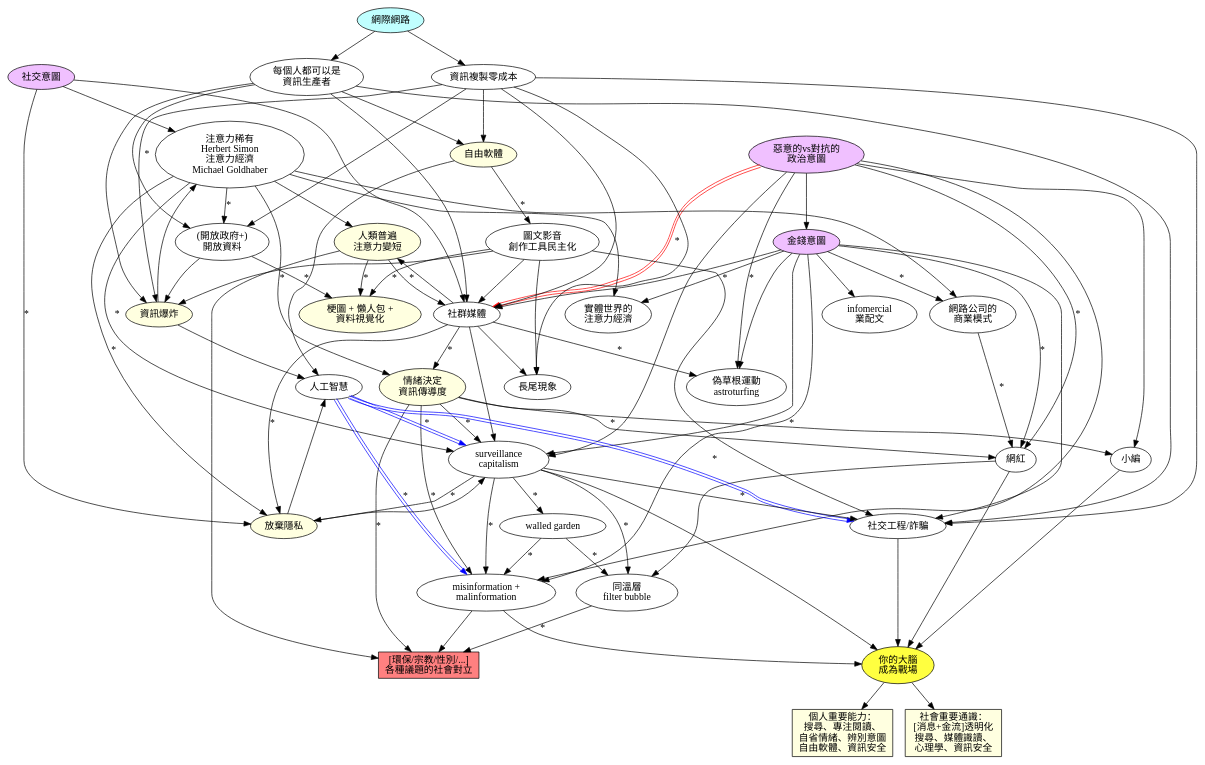
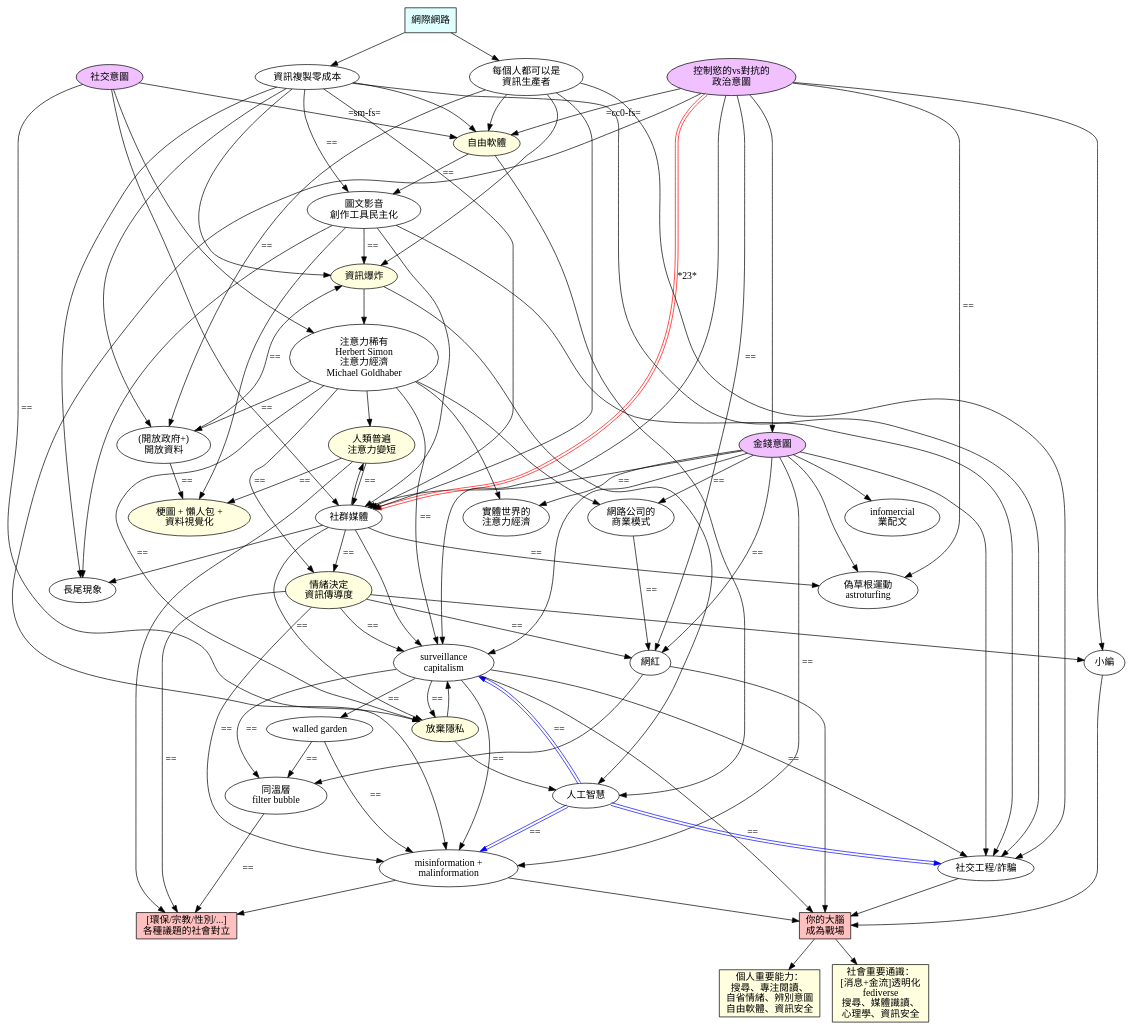
The diagram in a/m/23/war-on-brain.dot (ckhung/ckhung.github.io), drawn with Graphviz before and after one commit. The commit also changed 2 other files, not shown here.

```diff
--- a/a/m/23/war-on-brain.dot
+++ b/a/m/23/war-on-brain.dot
@@ -1,98 +1,110 @@
 digraph "頭腦爭霸戰" {
 
     rankdir = TB;
     overlap = scale;
 
     social_motivation [ label="社交意圖"; style=filled; fillcolor="#f0c0ff" ];
     monetary_motivation [ label="金錢意圖"; style=filled; fillcolor="#f0c0ff" ];
-    political_motivation [ label="惡意的vs對抗的\n政治意圖"; style=filled; fillcolor="#f0c0ff" ];
-    internet [ label="網際網路" style=filled; fillcolor="#c0ffff" ];
+    political_motivation [ label="控制慾的vs對抗的\n政治意圖"; style=filled; fillcolor="#f0c0ff" ];
+    internet [ shape=rectangle; label="網際網路" style=filled; fillcolor="#e0ffff" ];
     copy_cost_0 [ label="資訊複製零成本" ];
     open_data [ label="(開放政府+)\n開放資料" ];
     everone_producer [ label="每個人都可以是\n資訊生產者" ];
     free_software [ label="自由軟體"; style=filled; fillcolor="#ffffe0" ];
     dem_prod_tool [ label="圖文影音\n創作工具民主化" ];
     info_explosion [ label="資訊爆炸"; style=filled; fillcolor="#ffffe0" ];
     attention_scarcity [ label="注意力稀有\nHerbert Simon\n注意力經濟\nMichael Goldhaber" ];
     physical_ae [ label="實體世界的\n注意力經濟" ];
     social_media [ label="社群媒體" ];
     astroturfing [ label="偽草根運動\nastroturfing" ];
     emotion [ label="情緒決定\n資訊傳導度"; style=filled; fillcolor="#ffffe0" ];
     attention_span [ label="人類普遍\n注意力變短"; style=filled; fillcolor="#ffffe0" ];
     visualization [ label="梗圖 + 懶人包 +\n資料視覺化"; style=filled; fillcolor="#ffffe0" ];
     long_tail [ label="長尾現象" ];
     infomercial [ label="infomercial\n業配文" ];
     kol [ label="網紅" ];
     google_bm [ label="網路公司的\n商業模式" ];
     artificial_intelligence [ label="人工智慧" ];
     misinformation [ label="misinformation +\nmalinformation" ];
     giving_up_privacy [ label="放棄隱私"; style=filled; fillcolor="#ffffe0" ];
     filter_bubble [ label="同溫層\nfilter bubble" ];
     surveillance_capitalism [ label="surveillance\ncapitalism" ];
     walled_garden [ label="walled garden" ];
     social_engineering [ label="社交工程/詐騙" ];
     editor [ label="小編" ];
-    your_brain [ label="你的大腦\n成為戰場"; style=filled; fillcolor="#ffff40" ];
-    conflict [ shape=rectangle; label="[環保/宗教/性別/...]\n各種議題的社會對立"; style=filled; fillcolor="#ff8080"; ];
+    your_brain [ shape=rectangle; label="你的大腦\n成為戰場"; style=filled; fillcolor="#ffc0c0" ];
+    conflict [ shape=rectangle; label="[環保/宗教/性別/...]\n各種議題的社會對立"; style=filled; fillcolor="#ffc0c0"; ];
     important_personal [ shape=rectangle; label="個人重要能力：\n搜尋、專注閱讀、\n自省情緒、辨別意圖\n自由軟體、資訊安全"; style=filled; fillcolor="#ffffe0" ];
-    important_societal [ shape=rectangle; label="社會重要通識：\n[消息+金流]透明化\n搜尋、媒體識讀、\n心理學、資訊安全"; style=filled; fillcolor="#ffffe0" ];
+    important_societal [ shape=rectangle; label="社會重要通識：\n[消息+金流]透明化\nfediverse\n搜尋、媒體識讀、\n心理學、資訊安全"; style=filled; fillcolor="#ffffe0" ];
 
     # # # # # # # # # # # # # # # # # # # # 
 
-    internet -> { copy_cost_0 everone_producer } -> free_software;
-    free_software -> dem_prod_tool [ label="*"; labeltooltip="inkscape\ngimp\naudacity\n價格競爭" ];
-    { everone_producer copy_cost_0 dem_prod_tool } -> { info_explosion social_engineering };
+    # 一、 驅動力
+
+    political_motivation -> monetary_motivation;
+
+    # 二、 從網際網路到...
+
+    internet -> { copy_cost_0 everone_producer } -> free_software
+    political_motivation -> free_software [ label="=cc0-fs="; labeltooltip="革奴計畫" ];
+    social_motivation -> free_software [ label="=sm-fs="; labeltooltip="reputation economy\nexposure culture"];
+
+
+    free_software -> dem_prod_tool [ label="=="; labeltooltip="inkscape\ngimp\naudacity\n價格競爭" ];
+    copy_cost_0 -> dem_prod_tool [ label="=="; labeltooltip="盜版" ];
+    { everone_producer copy_cost_0 } -> { info_explosion social_engineering };
+    dem_prod_tool -> info_explosion [ label="=="; labeltooltip="衍生創作" ];
+    dem_prod_tool -> social_engineering;
     { social_motivation info_explosion } -> attention_scarcity;
     { social_motivation dem_prod_tool everone_producer copy_cost_0 } -> social_media;
-    political_motivation -> social_media [ color="#ff0000:white:#ff0000"; label="*"; labeltooltip="言論管制、\n集權國家" ];
+    political_motivation -> social_media [ color="#ff0000:white:#ff0000"; label="*23*"; labeltooltip="言論管制的集權國家\n网络安全法第二十八条" ];
     { dem_prod_tool copy_cost_0 social_media } -> long_tail;
-    monetary_motivation -> physical_ae [ label="*"; labeltooltip="四川航空 免費巴士\ndigital license plate ads" ];
+    monetary_motivation -> physical_ae [ label="=="; labeltooltip="四川航空 免費巴士\ndigital license plate ads" ];
     attention_scarcity -> physical_ae;
-    attention_scarcity -> giving_up_privacy [ label="*"; labeltooltip="selfie" ];
-    attention_scarcity -> emotion [ label="*"; labeltooltip="下標題技巧" ];
-    attention_scarcity -> open_data [ label="*"; labeltooltip="創用CC" ];
+    attention_scarcity -> giving_up_privacy [ label="=="; labeltooltip="selfie" ];
+    attention_scarcity -> emotion [ label="=="; labeltooltip="下標題技巧" ];
+    attention_scarcity -> open_data [ label="=="; labeltooltip="創用CC" ];
     attention_scarcity -> attention_span;
     social_media -> attention_span;
-    attention_span -> social_media [ label="*"; labeltooltip="blog=>twitter\nyoutube=>抖音" ];
-    social_media -> giving_up_privacy [ label="*"; labeltooltip="venmo\nthisisyourdigitallife\n300個讚\n元宇宙頭盔\n网络安全法第二十八条\ntiktok 追蹤鍵盤" ];
-    social_media -> emotion [ label="*"; labeltooltip="回想個人經驗" ];
-    everone_producer -> open_data [ label="*"; labeltooltip="維基百科\n開放街圖" ];
+    attention_span -> social_media [ label="=="; labeltooltip="blog=>twitter\nyoutube=>抖音" ];
+    social_media -> giving_up_privacy [ label="=="; labeltooltip="venmo\nthisisyourdigitallife\n300個讚\n元宇宙頭盔\n网络安全法第二十八条\ntiktok 追蹤鍵盤" ];
+    social_media -> emotion [ label="=="; labeltooltip="回想個人經驗" ];
+    everone_producer -> open_data [ label="=="; labeltooltip="維基百科\n開放街圖" ];
     copy_cost_0 -> open_data -> info_explosion;
-    open_data -> visualization [ label="*"; labeltooltip="Hans Rosling\nOWID" ];
-    dem_prod_tool -> visualization [ label="*"; labeltooltip="metabase\ngrafana\nplotly\ngnuplot\nscatplot" ];
-    attention_span -> visualization [ label="*"; labeltooltip="infographics" ];
-    social_motivation -> giving_up_privacy [ label="*"; labeltooltip="FOMO\nzenly"; ];
+    open_data -> visualization [ label="=="; labeltooltip="Hans Rosling\nOWID" ];
+    dem_prod_tool -> visualization [ label="=="; labeltooltip="metabase\ngrafana\nplotly\ngnuplot\nscatplot" ];
+    attention_span -> visualization [ label="=="; labeltooltip="infographics" ];
+    social_motivation -> giving_up_privacy [ label="=="; labeltooltip="FOMO\nzenly"; ];
     { free_software info_explosion giving_up_privacy } -> artificial_intelligence;
     { monetary_motivation social_media giving_up_privacy } -> surveillance_capitalism;
-    attention_scarcity -> surveillance_capitalism [ label="*"; labeltooltip="targeted advertisement"; ];
+    attention_scarcity -> surveillance_capitalism [ label="=="; labeltooltip="targeted advertisement"; ];
     kol -> filter_bubble;
-    surveillance_capitalism -> filter_bubble [ label="*"; labeltooltip="你也會喜歡\n劍橋分析" ];
+    surveillance_capitalism -> filter_bubble [ label="=="; labeltooltip="你也會喜歡\n劍橋分析" ];
     { attention_span misinformation } -> conflict;
-    filter_bubble -> conflict [ label="*"; labeltooltip="fan wars" ];
-    surveillance_capitalism -> giving_up_privacy [ label="*"; labeltooltip="誘勸改用app\napp內建瀏覽器\n臉書打亂網址" ];
-    surveillance_capitalism -> walled_garden [ label="*"; labeltooltip="臉書登入才能讀\nlineline voom？\n抖音？\nbilibili？" ];
-    surveillance_capitalism -> social_engineering [ label="*"; labeltooltip="黑市個資" ];
-    surveillance_capitalism -> misinformation [ label="*"; labeltooltip="劍橋分析" ];
-    walled_garden -> misinformation [ label="*"; labeltooltip="臉書禁備份\nline 群組\nline 內建瀏覽器不能搜尋\nline voom？" ];
-    walled_garden -> filter_bubble [ label="*"; labeltooltip="line 群組\nline 內建瀏覽器不能搜尋" ];
-    political_motivation -> monetary_motivation;
+    filter_bubble -> conflict [ label="=="; labeltooltip="fan wars" ];
+    surveillance_capitalism -> giving_up_privacy [ label="=="; labeltooltip="誘勸改用app\napp內建瀏覽器\n臉書打亂網址" ];
+    surveillance_capitalism -> walled_garden [ label="=="; labeltooltip="臉書登入才能讀\nlineline voom？\n抖音？\nbilibili？" ];
+    surveillance_capitalism -> social_engineering [ label="=="; labeltooltip="黑市個資" ];
+    surveillance_capitalism -> misinformation [ label="=="; labeltooltip="劍橋分析" ];
+    walled_garden -> misinformation [ label="=="; labeltooltip="臉書禁備份\nline 群組\nline 內建瀏覽器不能搜尋\nline voom？" ];
+    walled_garden -> filter_bubble [ label="=="; labeltooltip="line 群組\nline 內建瀏覽器不能搜尋" ];
     monetary_motivation -> { social_media social_engineering infomercial astroturfing };
     attention_scarcity -> google_bm;
-    monetary_motivation ->  google_bm [ label="*"; labeltooltip="google\nyoutube\n臉書" ];
-    google_bm -> kol [ label="*"; labeltooltip="抖內\n工商服務\n拍賣直播" ];
-    social_media -> astroturfing [ label="*"; labeltooltip="we sell likes\n監獄網評員\ntwitter INFO OPs archive" ];
-    political_motivation -> astroturfing [ label="*"; labeltooltip="蜂蜜檸檬韓粉美國\n" ];
-    monetary_motivation -> misinformation [ label="*"; labeltooltip="馬其頓 假新聞\n真相製造機" ];
+    monetary_motivation ->  google_bm [ label="=="; labeltooltip="google\nyoutube\n臉書" ];
+    google_bm -> kol [ label="=="; labeltooltip="抖內\n工商服務\n拍賣直播" ];
+    social_media -> astroturfing [ label="=="; labeltooltip="we sell likes\n監獄網評員\ntwitter INFO OPs archive" ];
+    political_motivation -> astroturfing [ label="=="; labeltooltip="蜂蜜檸檬韓粉美國\n" ];
+    monetary_motivation -> misinformation [ label="=="; labeltooltip="馬其頓 假新聞\n真相製造機" ];
     political_motivation -> { editor misinformation surveillance_capitalism };
-    political_motivation -> kol [ label="*"; labeltooltip="解放軍南部戰區 對台自媒體及輿論分隊\n大翻譯運動" ];
-    monetary_motivation -> kol [ label="*"; labeltooltip="most super chatted on youtube" ];
+    political_motivation -> kol [ label="=="; labeltooltip="解放軍南部戰區 對台自媒體及輿論分隊\n大翻譯運動" ];
+    monetary_motivation -> kol [ label="=="; labeltooltip="most super chatted on youtube" ];
     emotion -> editor;
-    emotion -> surveillance_capitalism [ label="*"; labeltooltip="一個怒值五個讚" ];
-    emotion -> kol [ label="*"; labeltooltip="蔡阿嘎、鼻妹、視網膜\n波特王、斯坦\n朱學恒、館長\nYuri Bezmenov" ];
-    emotion -> conflict [ label="*"; labeltooltip="社會運動\nYuri Bezmenov" ];
-    emotion -> misinformation [ label="*"; labeltooltip="盜版/山寨/仿冒\n\npredatory journal?\n很多孩子走了\n近二週致死率全球第三高\n只改一個字的「引導腦補」認知戰\n側翼" ];
-    artificial_intelligence -> surveillance_capitalism [color="#0000ff:white:#0000ff"; label="*"; labeltooltip="劍橋分析 2.0" ];
-    artificial_intelligence -> social_engineering [color="#0000ff:white:#0000ff"; label="*"; labeltooltip="deepfake" ];
-    artificial_intelligence -> misinformation [color="#0000ff:white:#0000ff"; label="*"; labeltooltip="deepfake\n劍橋分析 2.0" ];
+    emotion -> surveillance_capitalism [ label="=="; labeltooltip="一個怒值五個讚" ];
+    emotion -> kol [ label="=="; labeltooltip="蔡阿嘎、鼻妹、視網膜\n波特王、斯坦\n朱學恒、館長\nYuri Bezmenov" ];
+    emotion -> conflict [ label="=="; labeltooltip="社會運動\nYuri Bezmenov" ];
+    emotion -> misinformation [ label="=="; labeltooltip="盜版/山寨/仿冒\n\npredatory journal?\n很多孩子走了\n近二週致死率全球第三高\n只改一個字的「引導腦補」認知戰\n側翼" ];
+    artificial_intelligence -> surveillance_capitalism [color="#0000ff:white:#0000ff"; label="=="; labeltooltip="劍橋分析 2.0" ];
+    artificial_intelligence -> social_engineering [color="#0000ff:white:#0000ff"; label="=="; labeltooltip="deepfake" ];
+    artificial_intelligence -> misinformation [color="#0000ff:white:#0000ff"; label="=="; labeltooltip="deepfake\n劍橋分析 2.0" ];
     { kol editor misinformation surveillance_capitalism social_engineering } -> your_brain -> { important_personal important_societal }
 }
```
